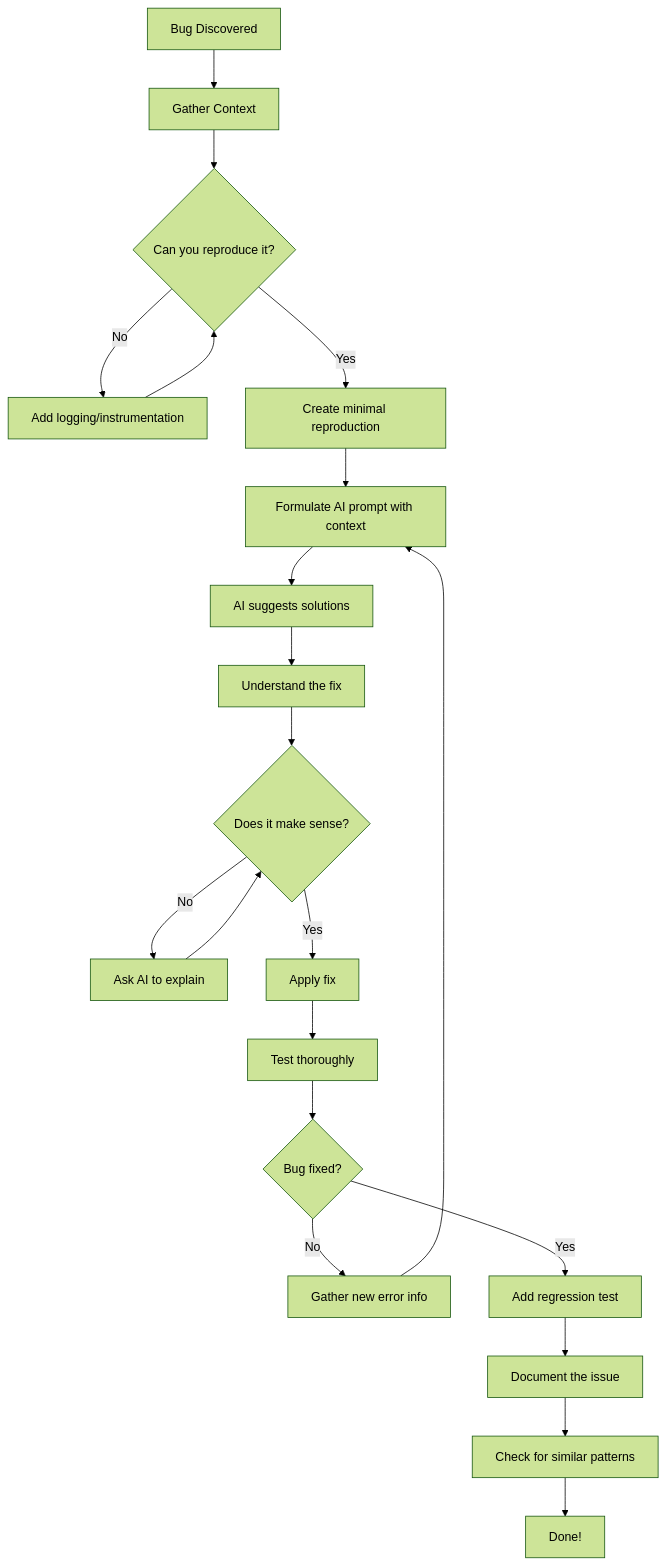
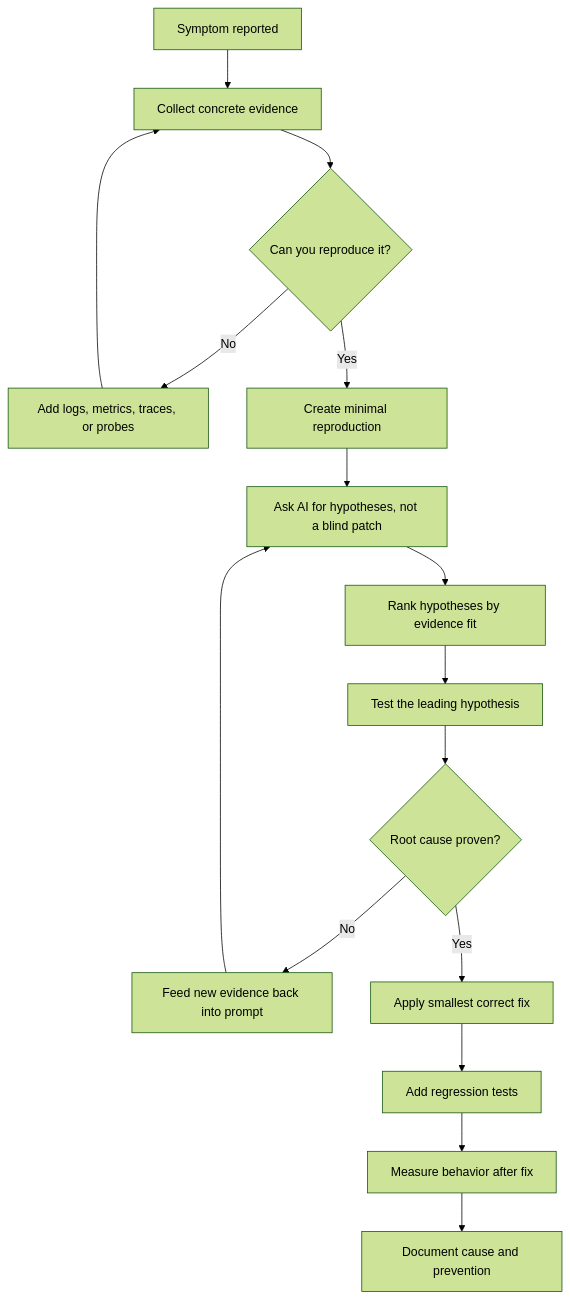
One commit to krisztiankoos/kubedojo changed the first of 8 diagrams in src/content/docs/ai-ml-engineering/ai-native-development/module-1.8-ai-assisted-debugging-optimization.md. Above: the diagram before and after it, drawn with Mermaid (forest theme). The commit also changed other lines of this file, not shown here.

````diff
--- a/src/content/docs/ai-ml-engineering/ai-native-development/module-1.8-ai-assisted-debugging-optimization.md
+++ b/src/content/docs/ai-ml-engineering/ai-native-development/module-1.8-ai-assisted-debugging-optimization.md
@@ -36,23 +39,18 @@
 ```mermaid
 flowchart TD
-    A[Bug Discovered] --> B[Gather Context]
+    A[Symptom reported] --> B[Collect concrete evidence]
     B --> C{Can you reproduce it?}
-    C -->|No| D[Add logging/instrumentation]
-    D --> C
+    C -->|No| D[Add logs, metrics, traces, or probes]
+    D --> B
     C -->|Yes| E[Create minimal reproduction]
-    E --> F[Formulate AI prompt with context]
-    F --> G[AI suggests solutions]
-    G --> H[Understand the fix]
-    H --> I{Does it make sense?}
-    I -->|No| J[Ask AI to explain]
-    J --> I
-    I -->|Yes| K[Apply fix]
-    K --> L[Test thoroughly]
-    L --> M{Bug fixed?}
-    M -->|No| N[Gather new error info]
-    N --> F
-    M -->|Yes| O[Add regression test]
-    O --> P[Document the issue]
-    P --> Q[Check for similar patterns]
-    Q --> R[Done!]
+    E --> F[Ask AI for hypotheses, not a blind patch]
+    F --> G[Rank hypotheses by evidence fit]
+    G --> H[Test the leading hypothesis]
+    H --> I{Root cause proven?}
+    I -->|No| J[Feed new evidence back into prompt]
+    J --> F
+    I -->|Yes| K[Apply smallest correct fix]
+    K --> L[Add regression tests]
+    L --> M[Measure behavior after fix]
+    M --> N[Document cause and prevention]
 ```
````
